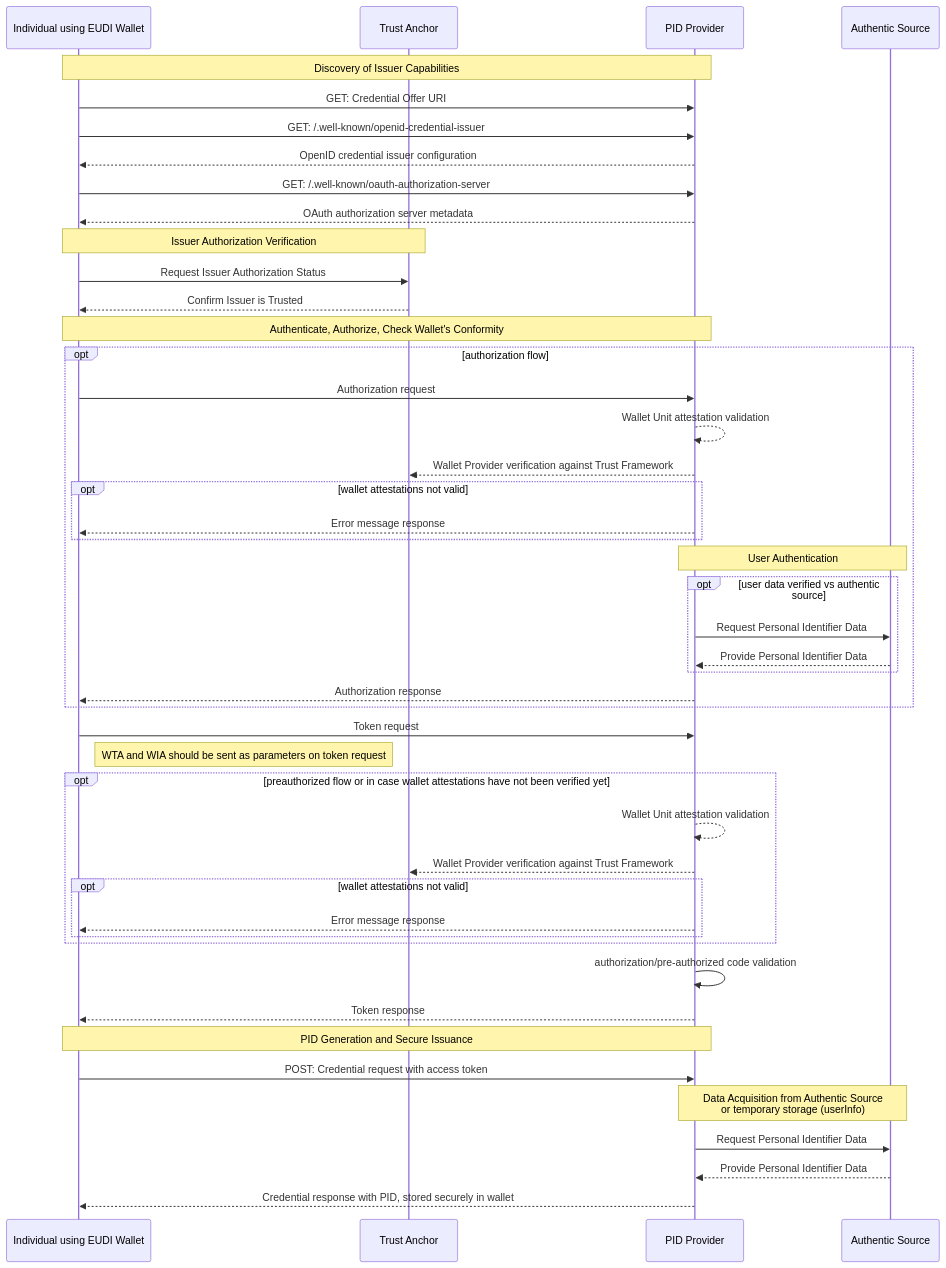
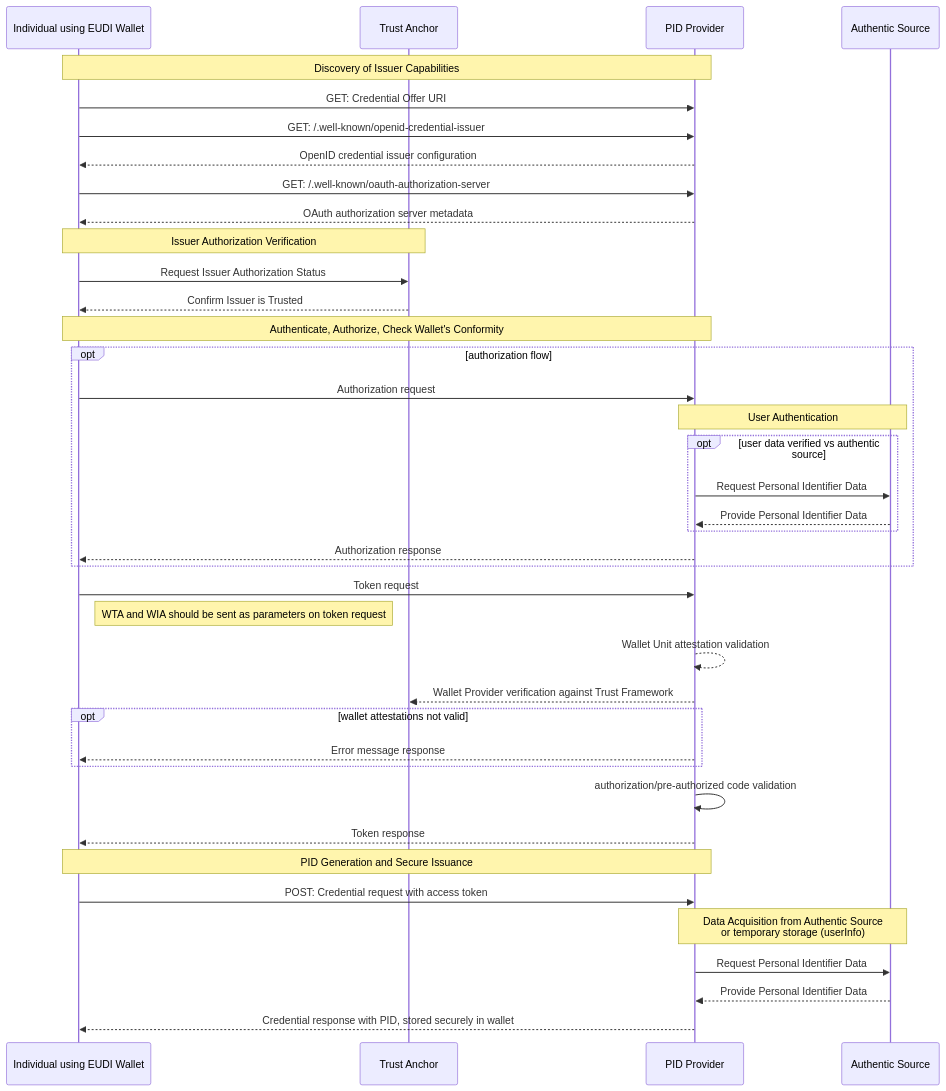
The diagram in ewc-rfc003-issue-person-identification-data.md (EWC-consortium/eudi-wallet-rfcs), drawn with Mermaid before and after one commit. The commit also changed other lines of this file, not shown here.

````diff
--- a/ewc-rfc003-issue-person-identification-data.md
+++ b/ewc-rfc003-issue-person-identification-data.md
@@ -70,56 +70,49 @@
 ```mermaid
   sequenceDiagram
     participant I as Individual using EUDI Wallet
     participant TA as Trust Anchor
     participant O as PID Provider
     participant AS as Authentic Source
         
     Note over I,O: Discovery of Issuer Capabilities 
     I->>O: GET: Credential Offer URI
     I->> O: GET: /.well-known/openid-credential-issuer
     O-->> I: OpenID credential issuer configuration
     I->> O: GET: /.well-known/oauth-authorization-server
     O-->>I: OAuth authorization server metadata
         
     Note over I,TA: Issuer Authorization Verification
     I->>TA: Request Issuer Authorization Status
     TA-->>I: Confirm Issuer is Trusted
     
     Note over I,O: Authenticate, Authorize, Check Wallet's Conformity
     opt authorization flow
     I->>O: Authorization request
-    O-->>O: Wallet Unit attestation validation
-    O-->>TA: Wallet Provider verification against Trust Framework
-      opt wallet attestations not valid
-          O-->>I: Error message response
-      end
     
     Note over O,AS: User Authentication
         opt user data verified vs authentic source
           O->>AS: Request Personal Identifier Data
           AS-->>O: Provide Personal Identifier Data
       end
       O-->>I: Authorization response 
     end
     
     I->> O: Token request
     Note right of I: WTA and WIA should be sent as parameters on token request
-    opt preauthorized flow or in case wallet attestations have not been verified yet
     O-->>O: Wallet Unit attestation validation
     O-->>TA: Wallet Provider verification against Trust Framework
       opt wallet attestations not valid
           O-->>I: Error message response
       end
-    end
     O->>O: authorization/pre-authorized code validation
     O-->>I: Token response
         
     Note over I,O: PID Generation and Secure Issuance
     I->>O: POST: Credential request with access token
     Note over O,AS: Data Acquisition from Authentic Source <BR> or temporary storage (userInfo)
     O->>AS: Request Personal Identifier Data
     AS-->>O: Provide Personal Identifier Data
     
     O-->>I: Credential response with PID, stored securely in wallet
 
 ```
````
